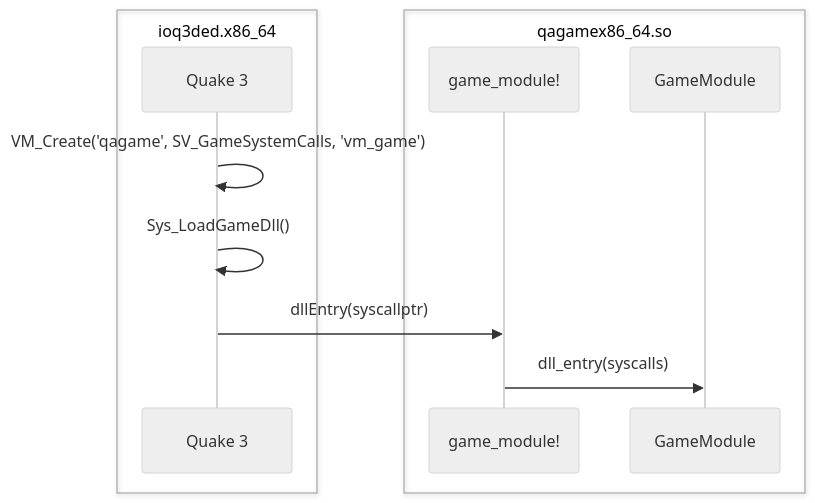
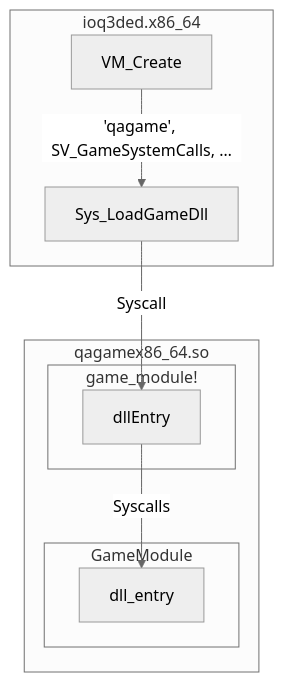
One commit to robo9k/quake3-native-vm changed the diagram in docs/quake3-init-module.mermaid. Above: the diagram before and after it, drawn with Mermaid (neutral theme). The commit also changed 2 other files, not shown here.

Commit message:
Replace sequence diagrams with flow charts

```diff
--- a/docs/quake3-init-module.mermaid
+++ b/docs/quake3-init-module.mermaid
@@ -1,13 +1,12 @@
-sequenceDiagram
-    box ioq3ded.x86_64
-        participant q3 as Quake 3
+flowchart TB
+    subgraph ioq3ded.x86_64
+        VM_Create -- "'qagame', SV_GameSystemCalls, …" --> Sys_LoadGameDll
     end
-    box qagamex86_64.so
-        participant m as game_module!
-        participant s as GameModule
+    subgraph qagamex86_64.so
+        subgraph game_module!
+            Sys_LoadGameDll -- Syscall --> dllEntry
+        end
+        subgraph GameModule
+            dllEntry -- Syscalls --> dll_entry
+        end
     end
-
-    q3->>q3: VM_Create('qagame', SV_GameSystemCalls, 'vm_game')
-    q3->>q3: Sys_LoadGameDll()
-    q3->>m: dllEntry(syscallptr)
-    m->>s: dll_entry(syscalls)
```
